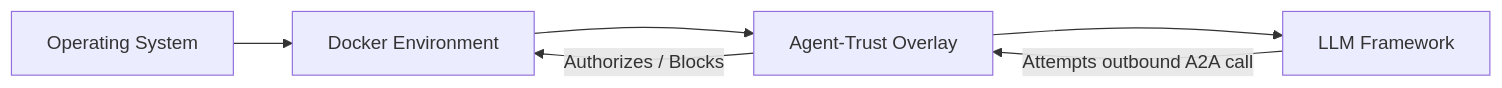
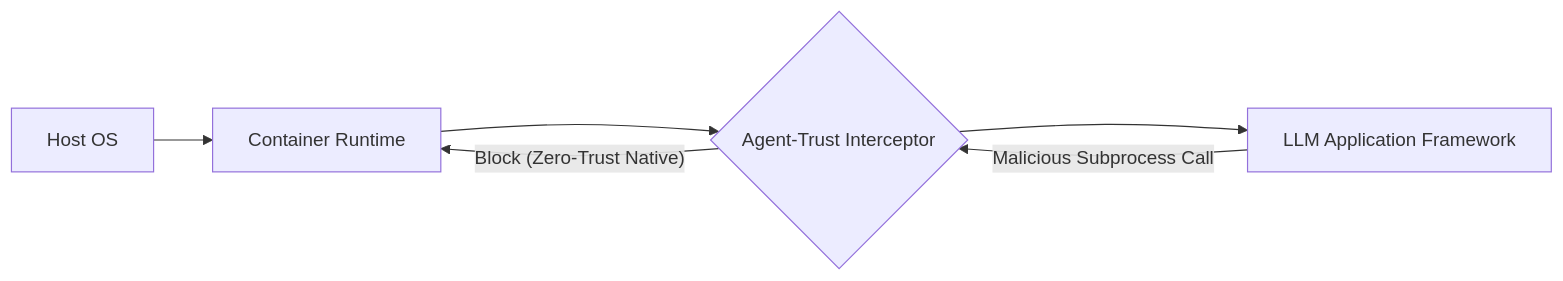
Before and after one commit to MrDecryptDecipher/Agent-Trust: diagram 17 of 30 in README.md, drawn with Mermaid. The commit also changed other lines of this file, not shown here.

Commit message:
Fix rendering format for 30 Mermaid diagrams to strictly use basic edge and block formatting for complete compatiblity

````diff
--- a/README.md
+++ b/README.md
@@ -250,12 +345,9 @@
 ```mermaid
 graph LR
-    OS["Operating System"]
-    Docker["Docker Environment"]
-    App["LLM Framework"]
-    AT["Agent-Trust Overlay"]
-    OS --> Docker
-    Docker --> AT
-    AT --> App
-    App -->|"Attempts outbound A2A call"| AT
-    AT -->|"Authorizes / Blocks"| Docker
+    OS["Host OS"] --> Docker["Container Runtime"]
+    Docker --> AT{"Agent-Trust Interceptor"}
+    AT --> App["LLM Application Framework"]
+    
+    App -- "Malicious Subprocess Call" --> AT
+    AT -- "Block (Zero-Trust Native)" --> Docker
 ```
````
